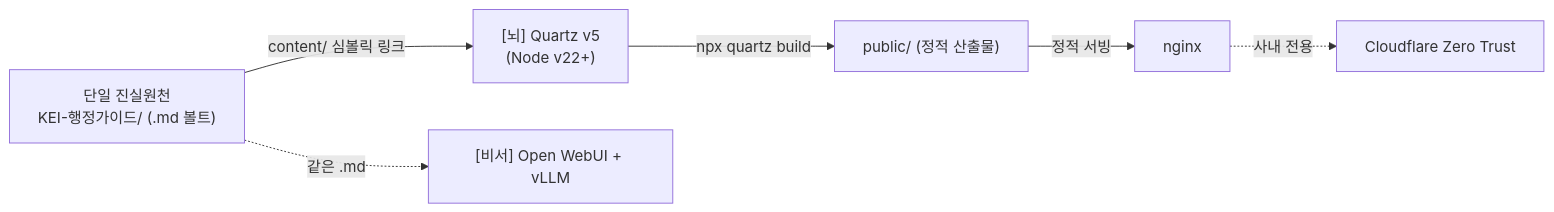
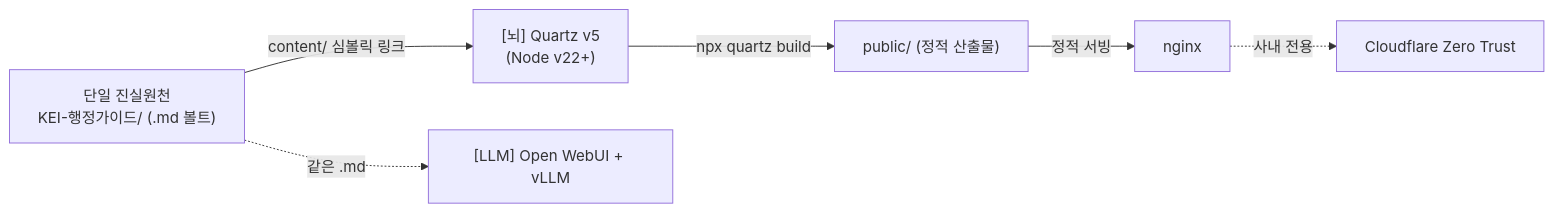
The first of 3 diagrams in docs/adr/0004-quartz-graph-site.md (mooner92/KEIAdminSuperv), drawn with Mermaid before and after one commit. The commit also changed other lines of this file and 50 other files, not shown here.

````diff
--- a/docs/adr/0004-quartz-graph-site.md
+++ b/docs/adr/0004-quartz-graph-site.md
@@ -35,9 +35,9 @@
 ```mermaid
 flowchart LR
     Vault["단일 진실원천<br/>KEI-행정가이드/ (.md 볼트)"]
     Vault -->|content/ 심볼릭 링크| Q["[뇌] Quartz v5<br/>(Node v22+)"]
     Q -->|npx quartz build| Pub["public/ (정적 산출물)"]
     Pub -->|정적 서빙| Nginx["nginx"]
-    Vault -.->|같은 .md| Asst["[비서] Open WebUI + vLLM"]
+    Vault -.->|같은 .md| Asst["[LLM] Open WebUI + vLLM"]
     Nginx -. 사내 전용 .-> ZT["Cloudflare Zero Trust"]
 ```
````
